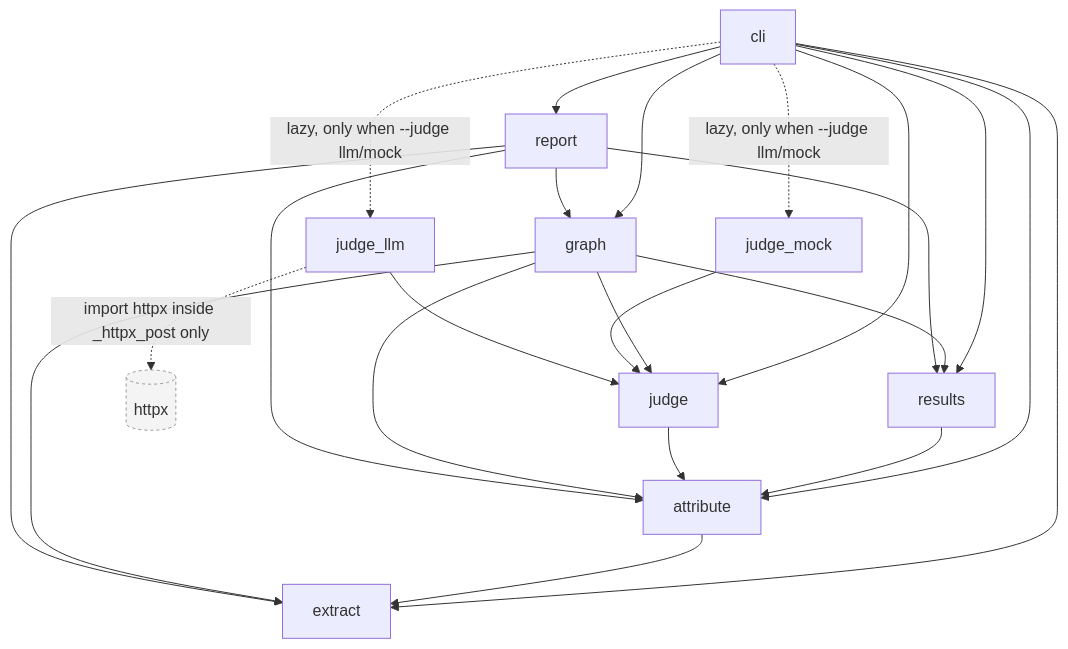
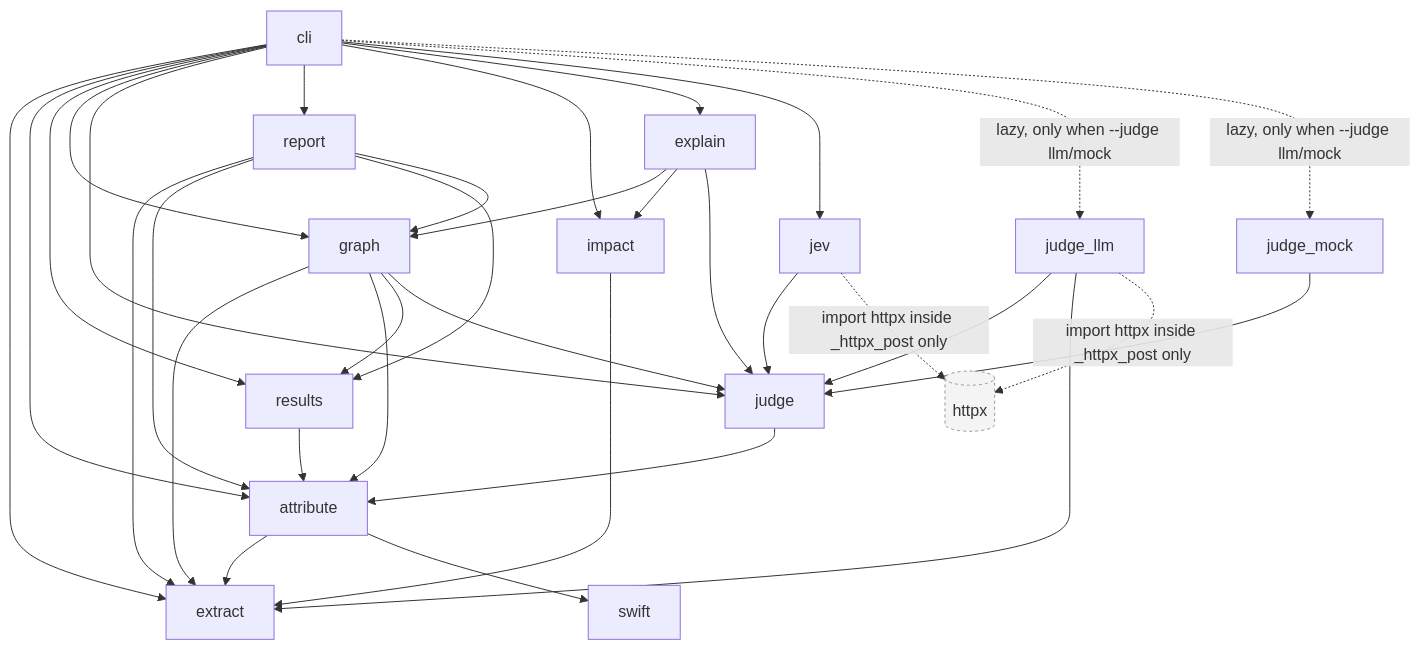
The second of 12 diagrams in ARCHITECTURE.md (rioffe/speccheck), drawn with Mermaid before and after one commit. The commit also changed other lines of this file and 3 other files, not shown here.

First line of the commit message:
docs(architecture): rewrite ARCHITECTURE.md to the v1.18 build, and fix two defects the render showed (F-5)

````diff
--- a/ARCHITECTURE.md
+++ b/ARCHITECTURE.md
@@ -64,15 +87,19 @@
 ```mermaid
 flowchart TD
-    cli --> extract & attribute & results & graphm & judge & report
+    cli --> extract & attribute & results & graphm & judge & report & impact & explain & jev
     cli -. "lazy, only when --judge llm/mock" .-> judge_llm & judge_mock
-    attribute --> extract
+    attribute --> extract & swift
     results --> attribute
     judge --> attribute
     graphm[graph] --> extract & attribute & results & judge
+    impact --> extract
+    explain --> graphm & impact & judge
+    jev --> judge
     report --> extract & attribute & results & graphm
     judge_mock --> judge
-    judge_llm --> judge
+    judge_llm --> judge & extract
     judge_llm -. "import httpx inside _httpx_post only" .-> httpx[(httpx)]
+    jev -. "import httpx inside _httpx_post only" .-> httpx
     classDef ext fill:#f4f4f4,stroke:#999,stroke-dasharray: 3 3
     class httpx ext
 ```
````
